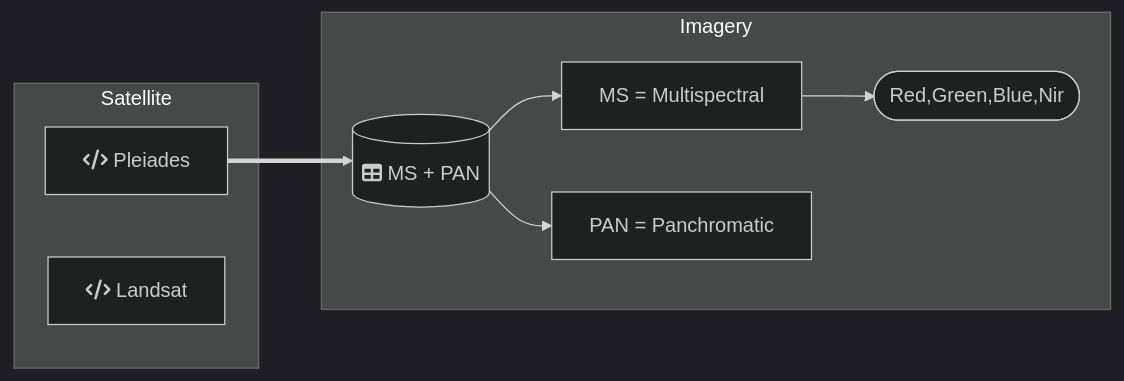
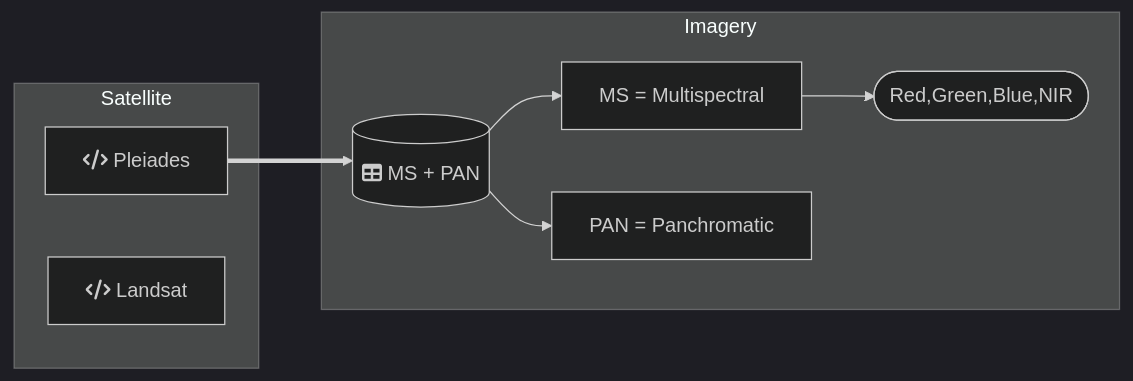
One commit to DippoldEJ/Satellite-Datasets changed the third of 3 diagrams in README.md. Above: the diagram before and after it, drawn with Mermaid (dark theme).

````diff
--- a/README.md
+++ b/README.md
@@ -32,21 +32,21 @@
 ```mermaid
 flowchart LR;
 
 subgraph Satellite
     s[fa:fa-code Pleiades]
     a[fa:fa-code Landsat]
     end
 
  subgraph Imagery
         db[(fa:fa-table MS + PAN)]
         m[MS = Multispectral]
         p[PAN = Panchromatic]
-        b([Red,Green,Blue,Nir])
+        b([Red,Green,Blue,NIR])
     end
 
     s==>db
     db-->m
     db-->p
     m-->b
 
 ```
````
